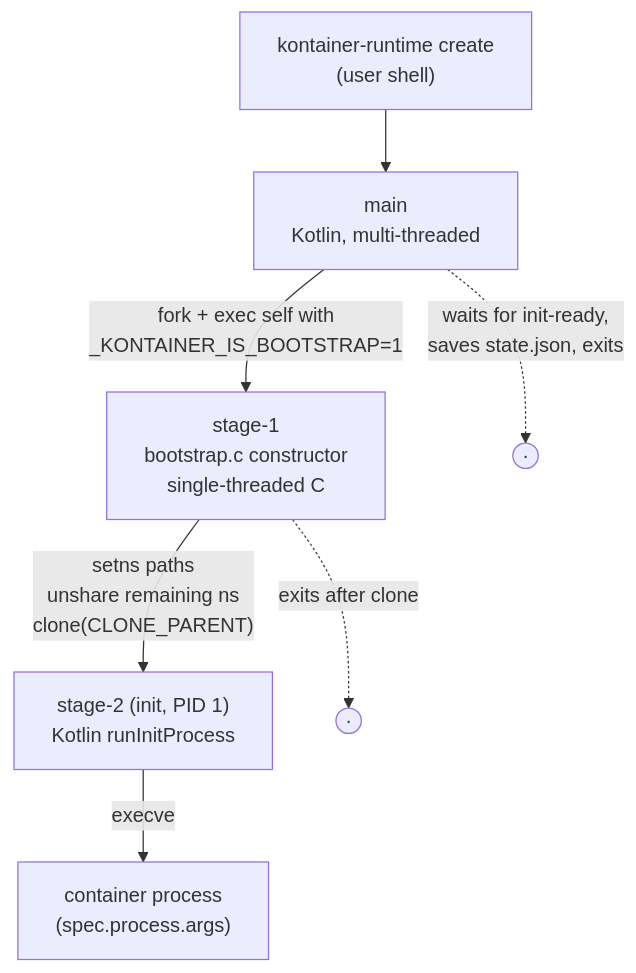
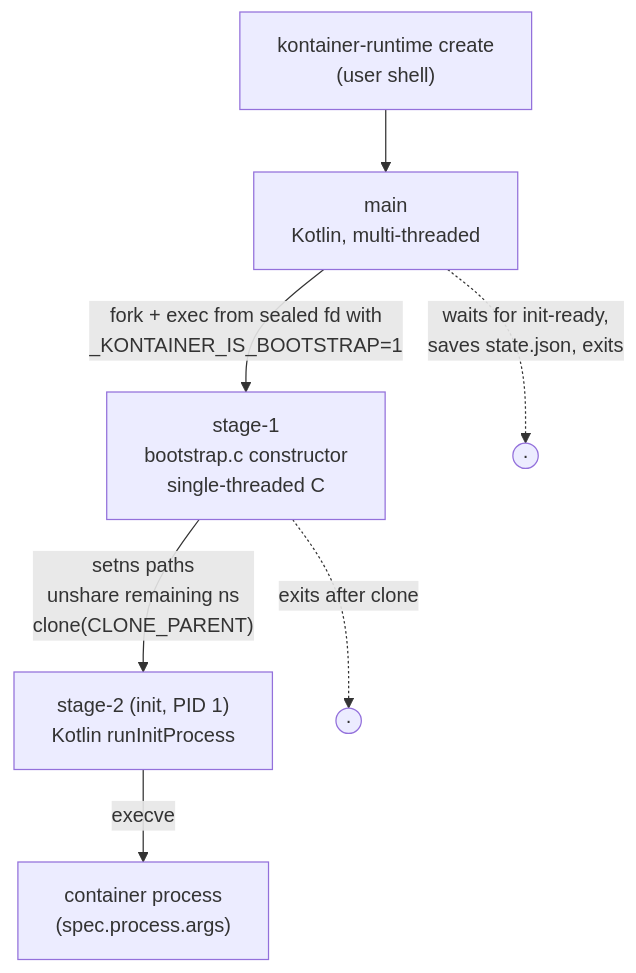
Before and after one commit to ternbusty/kontainer-runtime: the first of 2 diagrams in docs/architecture.md, drawn with Mermaid. The commit also changed other lines of this file, not shown here.

Commit message:
docs: document exeseal strategy in architecture.md

````diff
--- a/docs/architecture.md
+++ b/docs/architecture.md
@@ -7,10 +7,10 @@
 ```mermaid
 flowchart TD
     CLI["kontainer-runtime create<br/>(user shell)"]
     CLI --> Main["main<br/>Kotlin, multi-threaded"]
-    Main -- "fork + exec self with<br/>_KONTAINER_IS_BOOTSTRAP=1" --> Stage1["stage-1<br/>bootstrap.c constructor<br/>single-threaded C"]
+    Main -- "fork + exec from sealed fd with<br/>_KONTAINER_IS_BOOTSTRAP=1" --> Stage1["stage-1<br/>bootstrap.c constructor<br/>single-threaded C"]
     Stage1 -- "setns paths<br/>unshare remaining ns<br/>clone(CLONE_PARENT)" --> Stage2["stage-2 (init, PID 1)<br/>Kotlin runInitProcess"]
     Stage2 -- "execve" --> Container["container process<br/>(spec.process.args)"]
     Stage1 -. "exits after clone" .-> X((·))
     Main -. "waits for init-ready,<br/>saves state.json, exits" .-> Y((·))
 ```
````
